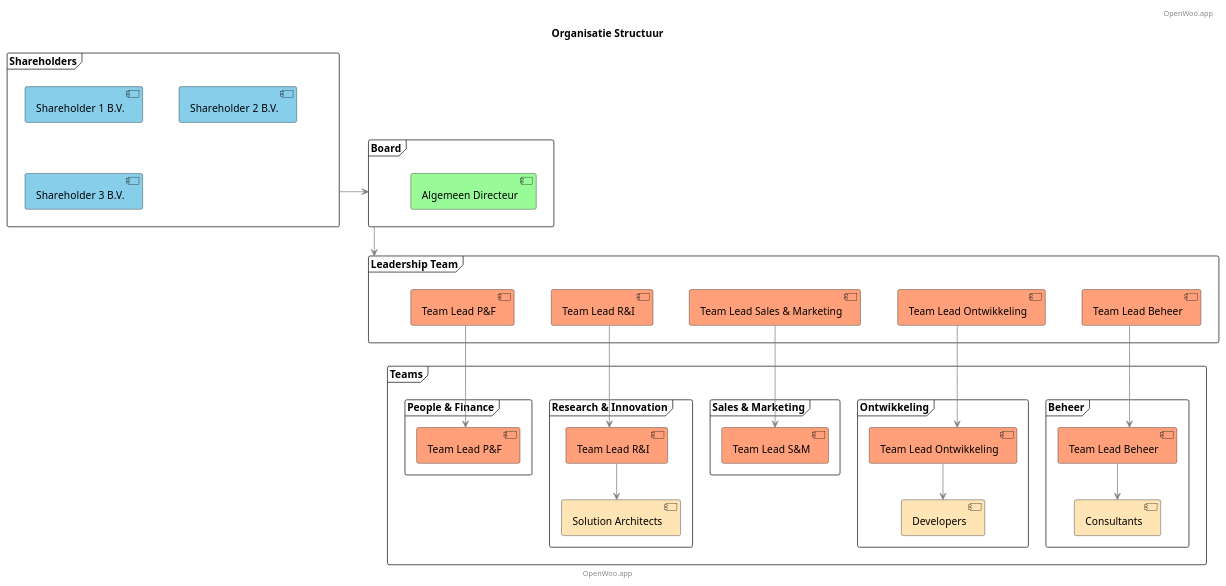
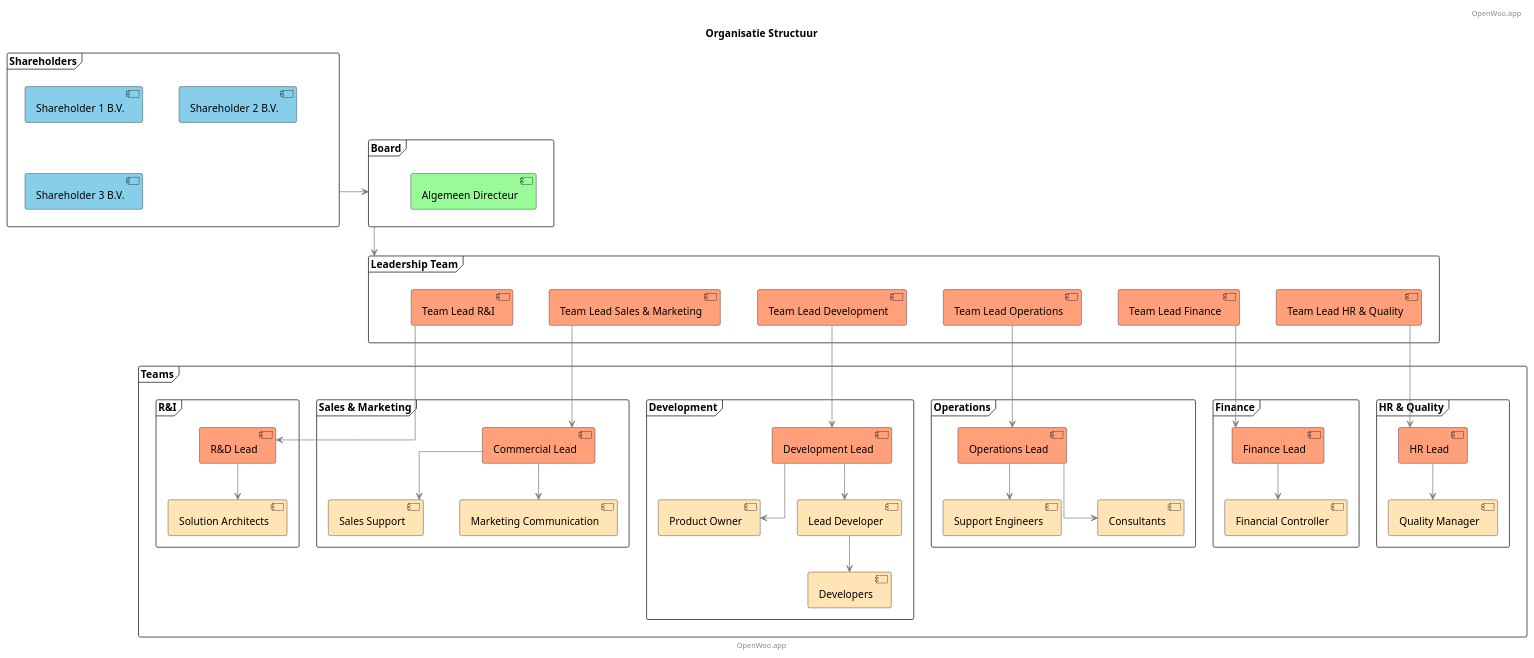
The diagram in docs/Diagrams/Organisation.puml (ConductionNL/conduction-website), drawn with PlantUML before and after one commit. The commit also changed 1 other file, not shown here.

```diff
--- a/docs/Diagrams/Organisation.puml
+++ b/docs/Diagrams/Organisation.puml
@@ -1,79 +1,109 @@
 @startuml
 title Organisatie Structuur
 footer: OpenWoo.app
 header: OpenWoo.app
 
 skinparam defaultFontName Arial
 skinparam nodesep 50
 skinparam ranksep 50
 skinparam shadowing false
 skinparam linetype ortho
 
 ' Shareholders
 frame "Shareholders" {
     component "Shareholder 1 B.V." as SH1 #87CEEB
     component "Shareholder 2 B.V." as SH2 #87CEEB
     component "Shareholder 3 B.V." as SH3 #87CEEB
 }
 
 ' Board
 frame "Board" {
     component "Algemeen Directeur" as AD #98FB98
 }
 
-' Lead Team frame
+' Leadership Team
 frame "Leadership Team" as LT {
-    component "Team Lead Beheer" as TLB #FFA07A
-    component "Team Lead Ontwikkeling" as TLO #FFA07A
-    component "Team Lead Sales & Marketing" as TLS #FFA07A
-    component "Team Lead R&I" as TLR #FFA07A
-    component "Team Lead P&F" as TLP #FFA07A
+    component "Team Lead HR & Quality" as TLHQ #FFA07A
+    component "Team Lead Finance" as TLF #FFA07A
+    component "Team Lead Operations" as TLO #FFA07A
+    component "Team Lead Development" as TLD #FFA07A
+    component "Team Lead Sales & Marketing" as TLSM #FFA07A
+    component "Team Lead R&I" as TLRI #FFA07A
 }
 
 ' Teams
 frame "Teams" {
-    ' Beheer Team
-    frame "Beheer" {
-        component "Team Lead Beheer" as TLB2 #FFA07A
+    ' HR & Quality Team
+    frame "HR & Quality" {
+        component "HR Lead" as HRL #FFA07A
+        component "Quality Manager" as QM #FFE4B5
+    }
+
+    ' Finance Team
+    frame "Finance" {
+        component "Finance Lead" as FL #FFA07A
+        component "Financial Controller" as FC #FFE4B5
+    }
+
+    ' Operations Team
+    frame "Operations" {
+        component "Operations Lead" as OL #FFA07A
+        component "Support Engineers" as SE #FFE4B5
         component "Consultants" as CON #FFE4B5
     }
 
-    ' Ontwikkeling Team
-    frame "Ontwikkeling" {
-        component "Team Lead Ontwikkeling" as TLO2 #FFA07A
+    ' Development Team
+    frame "Development" {
+        component "Development Lead" as DL #FFA07A
+        component "Product Owner" as PO #FFE4B5
+        component "Lead Developer" as LD #FFE4B5
         component "Developers" as DEV #FFE4B5
     }
 
     ' Sales & Marketing Team
     frame "Sales & Marketing" {
-        component "Team Lead S&M" as TLS2 #FFA07A
+        component "Commercial Lead" as CL #FFA07A
+        component "Sales Support" as SS #FFE4B5
+        component "Marketing Communication" as MC #FFE4B5
     }
 
     ' Research & Innovation Team
-    frame "Research & Innovation" {
-        component "Team Lead R&I" as TLR2 #FFA07A
+    frame "R&I" {
+        component "R&D Lead" as RDL #FFA07A
         component "Solution Architects" as SA #FFE4B5
-    }
-
-    ' People & Finance Team
-    frame "People & Finance" {
-        component "Team Lead P&F" as TLP2 #FFA07A
     }
 }
 
 ' Relationships
 Shareholders -[#gray]-> Board
-
 Board -[#gray]down-> LT
 
-TLB -[#gray]down-> TLB2
-TLO -[#gray]down-> TLO2
-TLS -[#gray]down-> TLS2
-TLR -[#gray]down-> TLR2
-TLP -[#gray]down-> TLP2
+' HR & Quality relationships
+TLHQ -[#gray]down-> HRL
+HRL -[#gray]down-> QM
 
-TLB2 -[#gray]down-> CON
-TLO2 -[#gray]down-> DEV
-TLR2 -[#gray]down-> SA
+' Finance relationships
+TLF -[#gray]down-> FL
+FL -[#gray]down-> FC
+
+' Operations relationships
+TLO -[#gray]down-> OL
+OL -[#gray]down-> SE
+OL -[#gray]down-> CON
+
+' Development relationships
+TLD -[#gray]down-> DL
+DL -[#gray]down-> PO
+DL -[#gray]down-> LD
+LD -[#gray]down-> DEV
+
+' Sales & Marketing relationships
+TLSM -[#gray]down-> CL
+CL -[#gray]down-> SS
+CL -[#gray]down-> MC
+
+' R&I relationships
+TLRI -[#gray]down-> RDL
+RDL -[#gray]down-> SA
 
 @enduml
```
